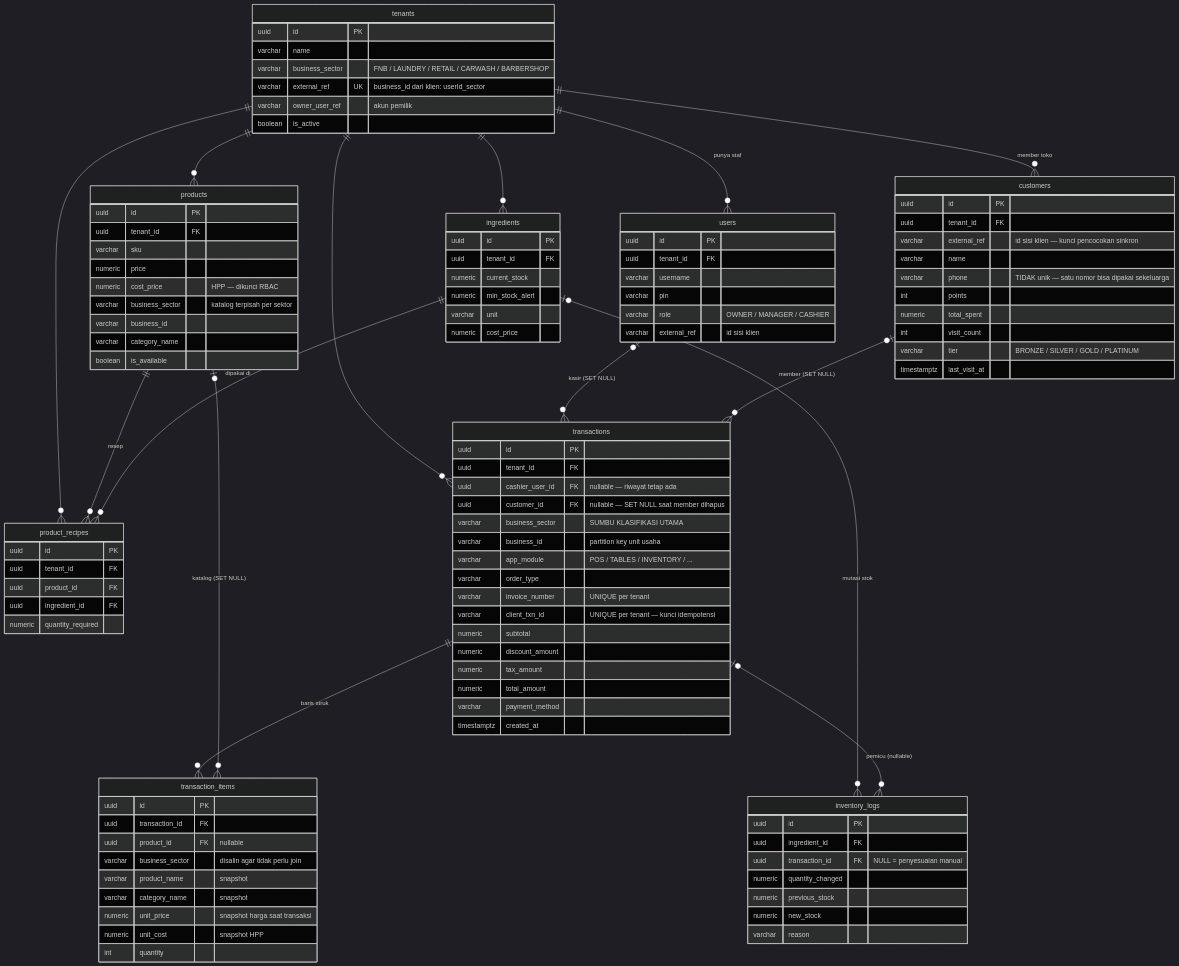
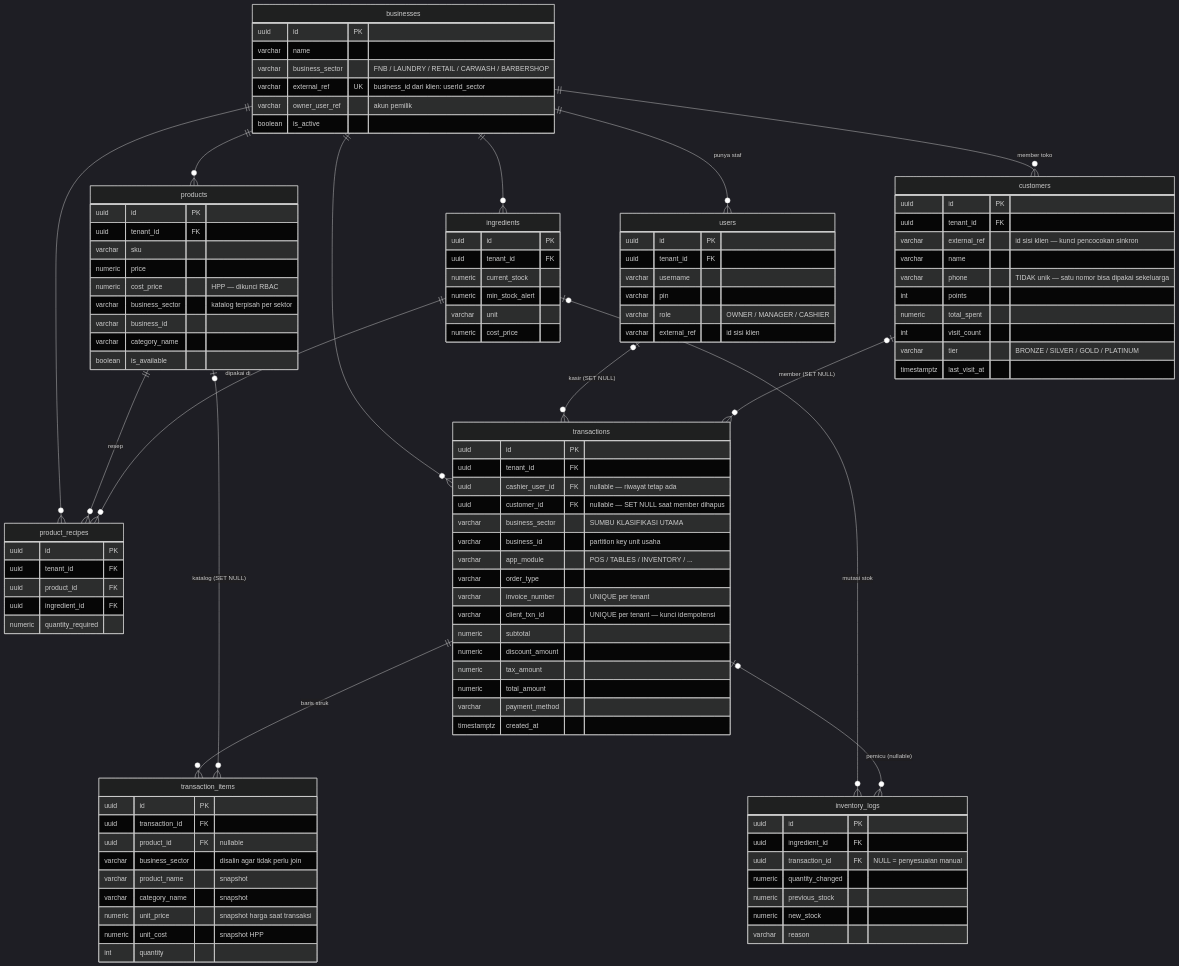
Before and after one commit to slaks37/kasir-newhope: the first of 8 diagrams in docs/erd.md, drawn with Mermaid (dark theme). The commit also changed other lines of this file and 5 other files, not shown here.

First line of the commit message:
Dokumentasi aliran data, ERD yang sudah tidak sesuai, dan koreksi 0029

````diff
--- a/docs/erd.md
+++ b/docs/erd.md
@@ -20,11 +29,11 @@
 ```mermaid
 erDiagram
-    tenants ||--o{ users            : "punya staf"
-    tenants ||--o{ products         : ""
-    tenants ||--o{ ingredients      : ""
-    tenants ||--o{ product_recipes  : ""
-    tenants ||--o{ transactions     : ""
-    tenants ||--o{ customers        : "member toko"
+    businesses ||--o{ users            : "punya staf"
+    businesses ||--o{ products         : ""
+    businesses ||--o{ ingredients      : ""
+    businesses ||--o{ product_recipes  : ""
+    businesses ||--o{ transactions     : ""
+    businesses ||--o{ customers        : "member toko"
 
     products      ||--o{ product_recipes   : "resep"
     ingredients   ||--o{ product_recipes   : "dipakai di"
@@ -35,7 +44,7 @@
     ingredients   |o--o{ inventory_logs    : "mutasi stok"
     transactions  |o--o{ inventory_logs    : "pemicu (nullable)"
 
-    tenants {
+    businesses {
         uuid id PK
         varchar name
         varchar business_sector "FNB / LAUNDRY / RETAIL / CARWASH / BARBERSHOP"
````
